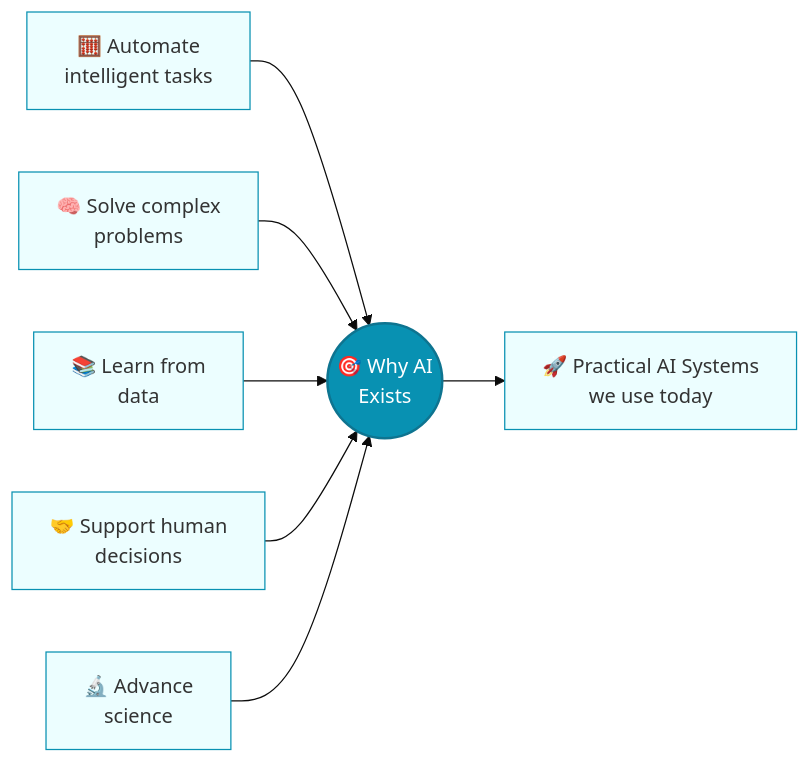
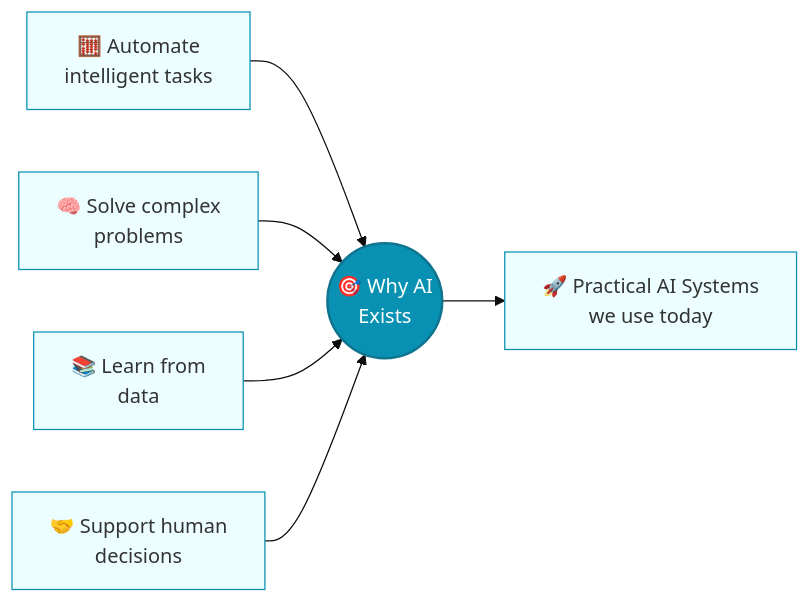
The second of 5 diagrams in Agentic Ai Learning/00 Introduction of Ai/readme.md (maliksiddiq/learning-agentic-ai), drawn with Mermaid before and after one commit. The commit also changed other lines of this file and 2 other files, not shown here.

````diff
--- a/Agentic Ai Learning/00 Introduction of Ai/readme.md
+++ b/Agentic Ai Learning/00 Introduction of Ai/readme.md
@@ -111,11 +73,10 @@
 ```mermaid
 %%{init: {'theme':'base', 'themeVariables': {'primaryColor':'#ecfeff','primaryBorderColor':'#0891b2'}}}%%
 flowchart LR
     A[🧮 Automate<br/>intelligent tasks] --> G((🎯 Why AI<br/>Exists))
     B[🧠 Solve complex<br/>problems] --> G
     C[📚 Learn from<br/>data] --> G
     D[🤝 Support human<br/>decisions] --> G
-    E[🔬 Advance<br/>science] --> G
     G --> OUT[🚀 Practical AI Systems<br/>we use today]
     style G fill:#0891b2,color:#fff,stroke:#0e7490,stroke-width:2px
 ```
````
